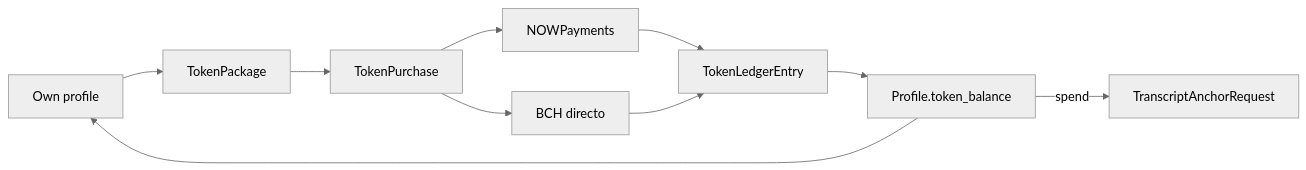
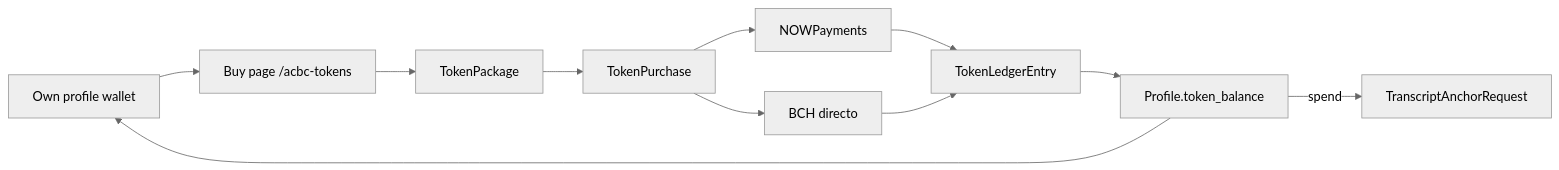
Before and after one commit to Alejoss/Sophia.AI: the diagram in docs/payments/platform-tokens.md, drawn with Mermaid (neutral theme). The commit also changed other lines of this file and 17 other files, not shown here.

First line of the commit message:
Add dedicated /acbc-tokens shop and bonus token packages.

````diff
--- a/docs/payments/platform-tokens.md
+++ b/docs/payments/platform-tokens.md
@@ -47,21 +60,23 @@
 ```mermaid
 flowchart LR
-  profile[Own profile]
+  wallet[Own profile wallet]
+  shop[Buy page /acbc-tokens]
   packages[TokenPackage]
   purchase[TokenPurchase]
   nowPay[NOWPayments]
   bchPay[BCH directo]
   ledger[TokenLedgerEntry]
   balance[Profile.token_balance]
   anchor[TranscriptAnchorRequest]
 
-  profile --> packages
+  wallet --> shop
+  shop --> packages
   packages --> purchase
   purchase --> nowPay
   purchase --> bchPay
   nowPay --> ledger
   bchPay --> ledger
   ledger --> balance
-  balance --> profile
+  balance --> wallet
   balance -->|"spend"| anchor
 ```
````
